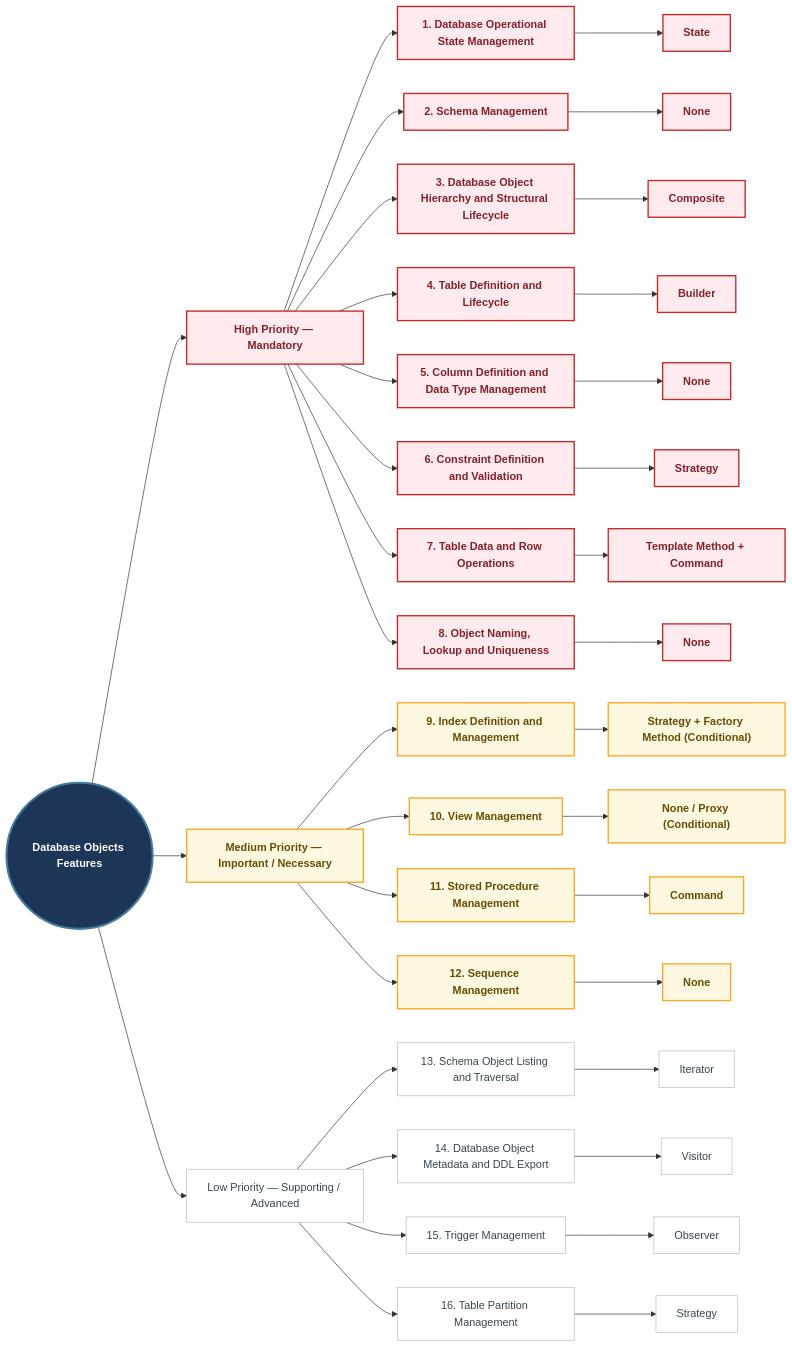
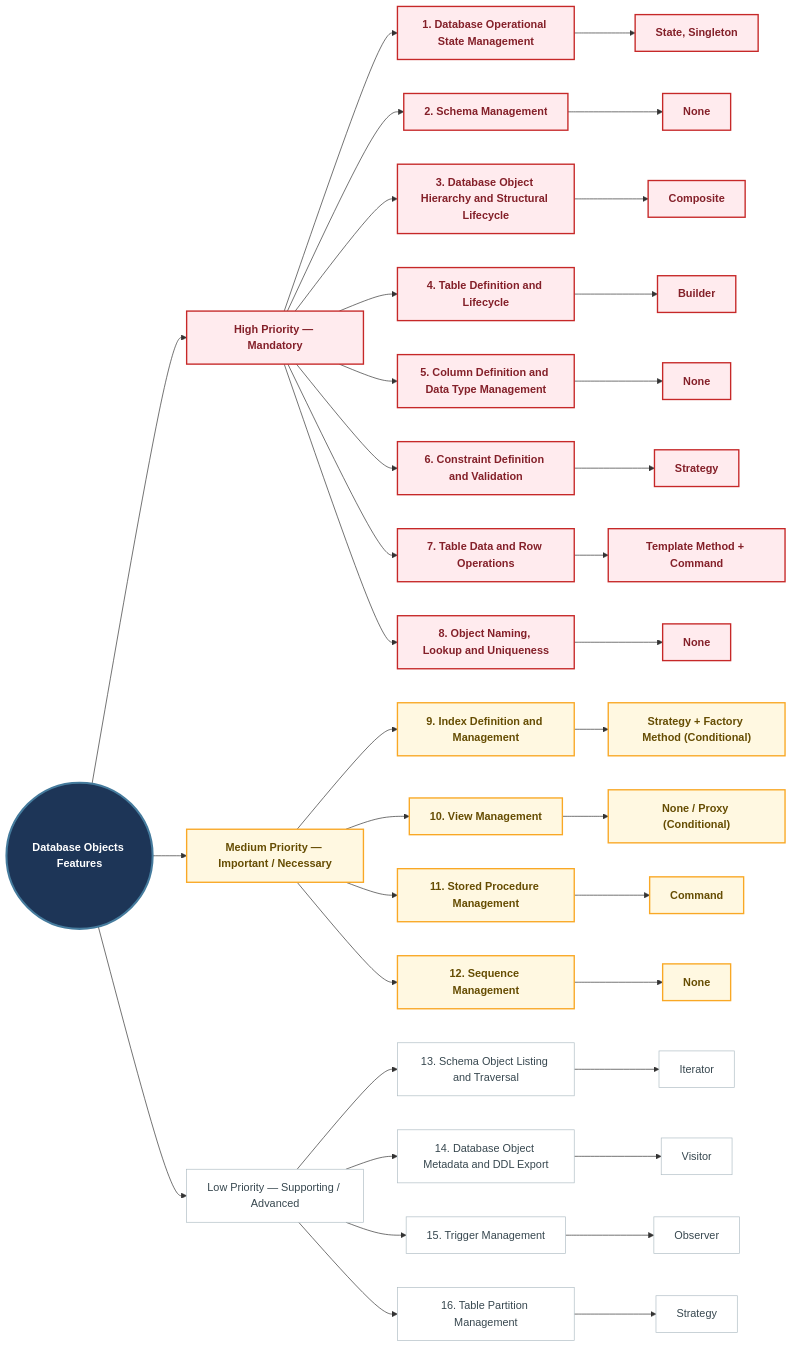
Before and after one commit to Huy1801214/dbms-architecture: the first of 16 diagrams in docs/pattern/README.md, drawn with Mermaid. The commit also changed other lines of this file and 5 other files, not shown here.

```diff
--- a/docs/pattern/README.md
+++ b/docs/pattern/README.md
@@ -18,7 +18,7 @@
     %% HIGH-PRIORITY FEATURES
     %% =====================================================
     H1["1. Database Operational State Management"]
-    H1P["State"]
+    H1P["State, Singleton"]
 
     H2["2. Schema Management"]
     H2P["None"]
```
